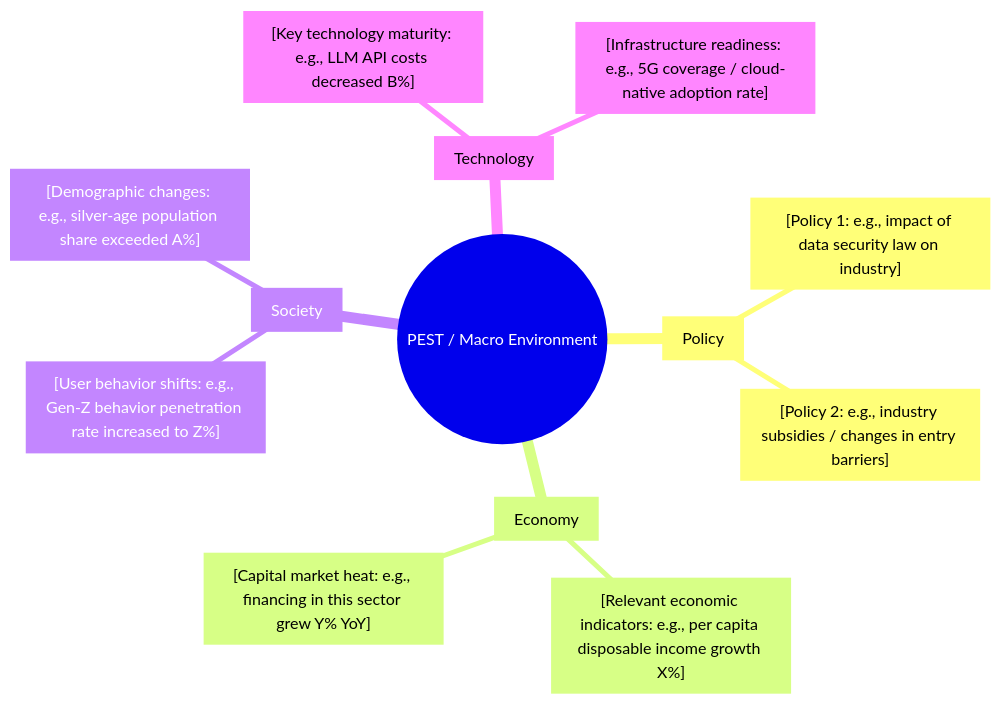
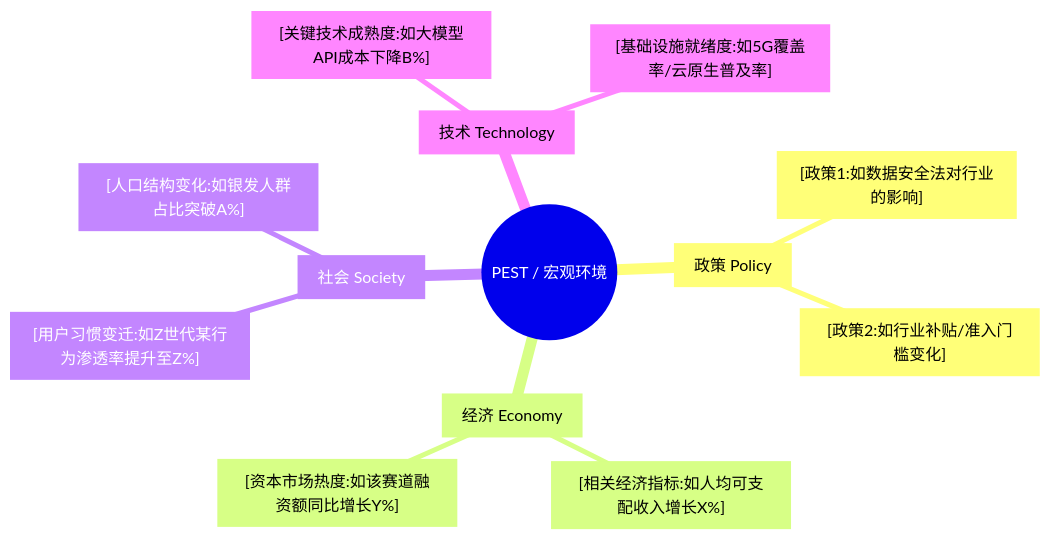
The second of 18 diagrams in templates/Product/Strategy/Template-MRD.md (Kirky-X/cangjie), drawn with Mermaid before and after one commit. The commit also changed other lines of this file and 33 other files, not shown here.

````diff
--- a/templates/Product/Strategy/Template-MRD.md
+++ b/templates/Product/Strategy/Template-MRD.md
@@ -83,16 +83,16 @@
 ```mermaid
 mindmap
-  root((PEST / Macro Environment))
-    P[Policy]
-      ["[Policy 1: e.g., impact of data security law on industry]"]
-      ["[Policy 2: e.g., industry subsidies / changes in entry barriers]"]
-    E[Economy]
-      ["[Relevant economic indicators: e.g., per capita disposable income growth X%]"]
-      ["[Capital market heat: e.g., financing in this sector grew Y% YoY]"]
-    S[Society]
-      ["[User behavior shifts: e.g., Gen-Z behavior penetration rate increased to Z%]"]
-      ["[Demographic changes: e.g., silver-age population share exceeded A%]"]
-    T[Technology]
-      ["[Key technology maturity: e.g., LLM API costs decreased B%]"]
-      ["[Infrastructure readiness: e.g., 5G coverage / cloud-native adoption rate]"]
+  root((PEST / 宏观环境))
+    P[政策 Policy]
+      ["[政策1:如数据安全法对行业的影响]"]
+      ["[政策2:如行业补贴/准入门槛变化]"]
+    E[经济 Economy]
+      ["[相关经济指标:如人均可支配收入增长X%]"]
+      ["[资本市场热度:如该赛道融资额同比增长Y%]"]
+    S[社会 Society]
+      ["[用户习惯变迁:如Z世代某行为渗透率提升至Z%]"]
+      ["[人口结构变化:如银发人群占比突破A%]"]
+    T[技术 Technology]
+      ["[关键技术成熟度:如大模型API成本下降B%]"]
+      ["[基础设施就绪度:如5G覆盖率/云原生普及率]"]
 ```
````
